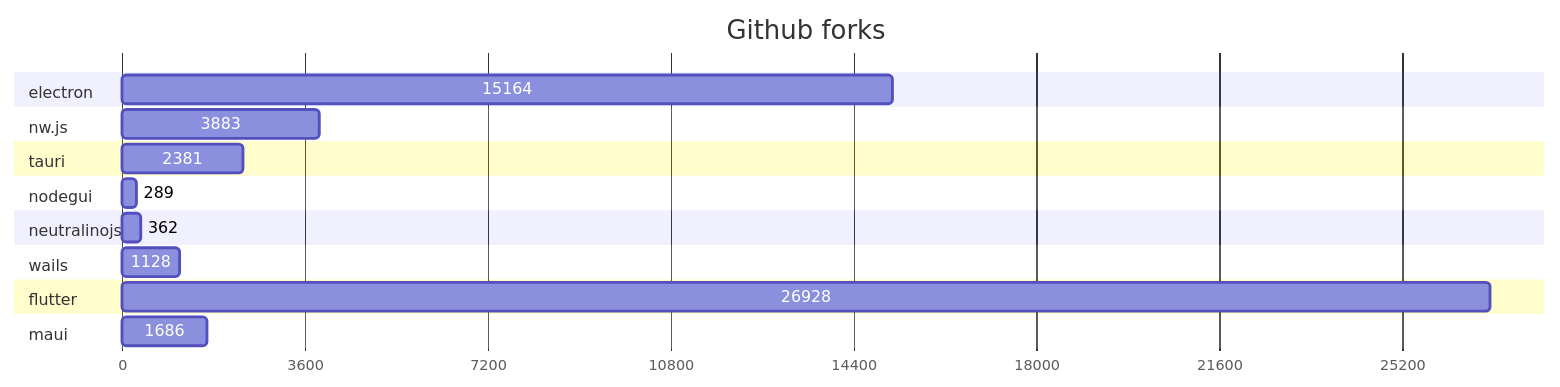
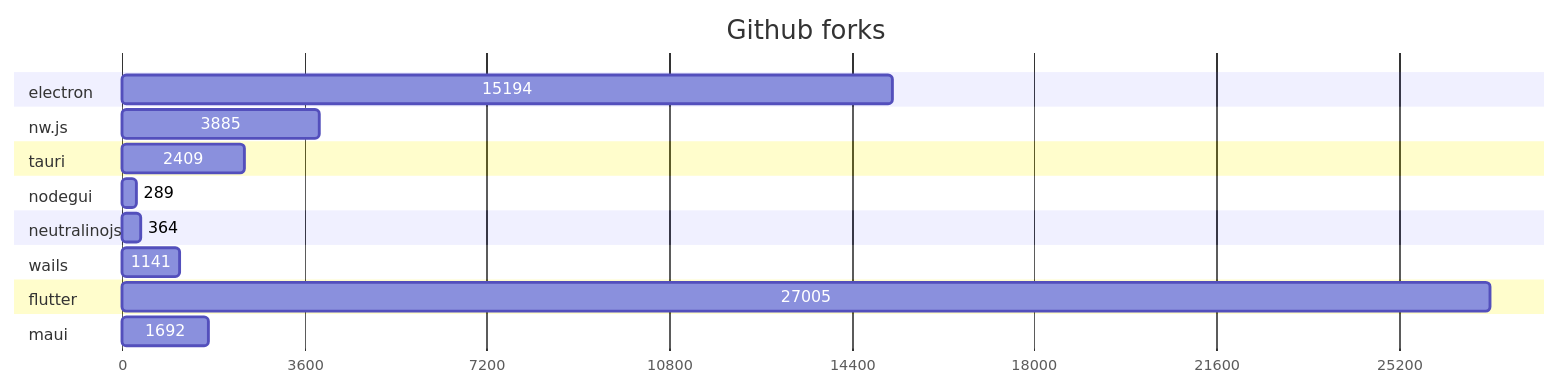
The second of 2 diagrams in GRAPHS.md (Elanis/web-to-desktop-framework-comparison), drawn with Mermaid before and after one commit. The commit also changed other lines of this file and 2 other files, not shown here.

````diff
--- a/GRAPHS.md
+++ b/GRAPHS.md
@@ -47,40 +47,40 @@
 ```mermaid
 gantt
     title Github forks
     dateFormat  X
     axisFormat %s
 
 
 	section electron
-	15164 : 0, 15164
+	15194 : 0, 15194
 
 	
 	section nw.js
-	3883 : 0, 3883
+	3885 : 0, 3885
 
 	
 	section tauri
-	2381 : 0, 2381
+	2409 : 0, 2409
 
 	
 	section nodegui
 	289 : 0, 289
 
 	
 	section neutralinojs
-	362 : 0, 362
+	364 : 0, 364
 
 	
 	section wails
-	1128 : 0, 1128
+	1141 : 0, 1141
 
 	
 	section flutter
-	26928 : 0, 26928
+	27005 : 0, 27005
 
 	
 	section maui
-	1686 : 0, 1686
+	1692 : 0, 1692
 
 	
 ```
````
